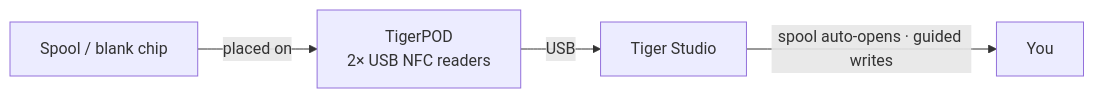
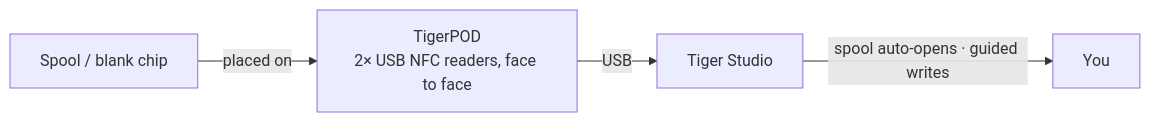
The diagram in docs/products/tigerpod.md (TigerTag-Project/TigerSystem-Docs), drawn with Mermaid before and after one commit. The commit also changed other lines of this file and 6 other files, not shown here.

First line of the commit message:
Say why a TigerPOD holds two readers

````diff
--- a/docs/products/tigerpod.md
+++ b/docs/products/tigerpod.md
@@ -18,6 +32,6 @@
 ```mermaid
 flowchart LR
-  TAG["Spool / blank chip"] -- "placed on" --> POD["TigerPOD<br/>2× USB NFC readers"]
+  TAG["Spool / blank chip"] -- "placed on" --> POD["TigerPOD<br/>2× USB NFC readers, face to face"]
   POD -- "USB" --> ST["Tiger Studio"]
   ST -- "spool auto-opens · guided writes" --> YOU["You"]
 ```
````
